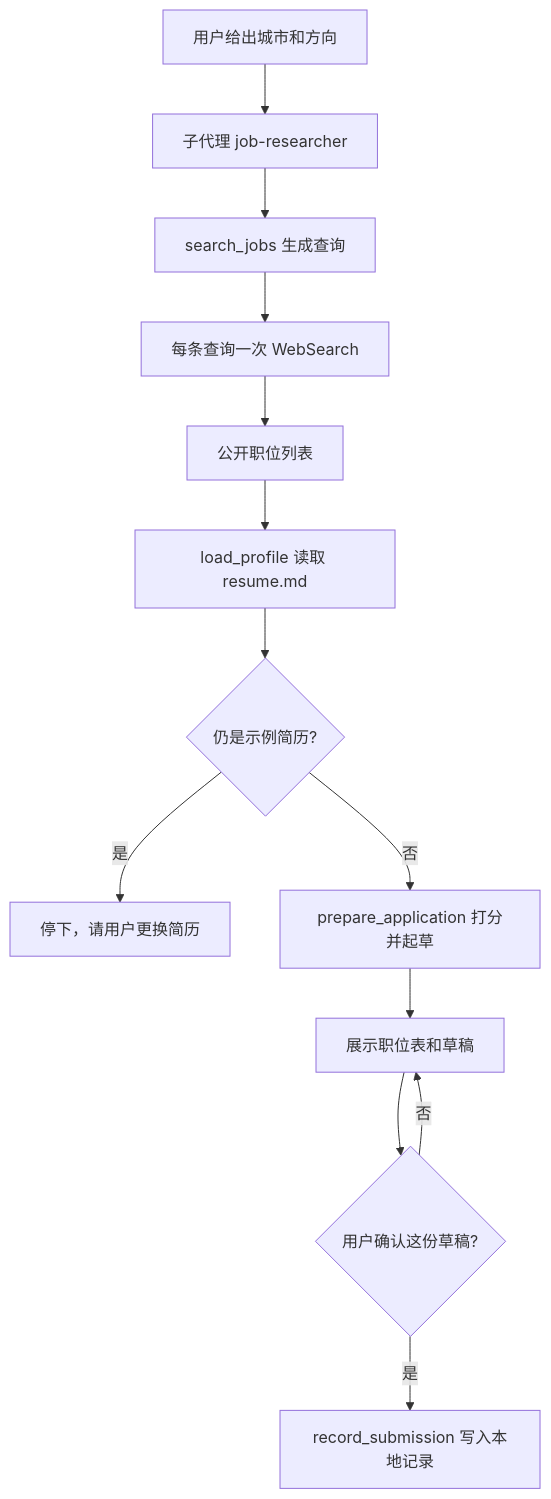
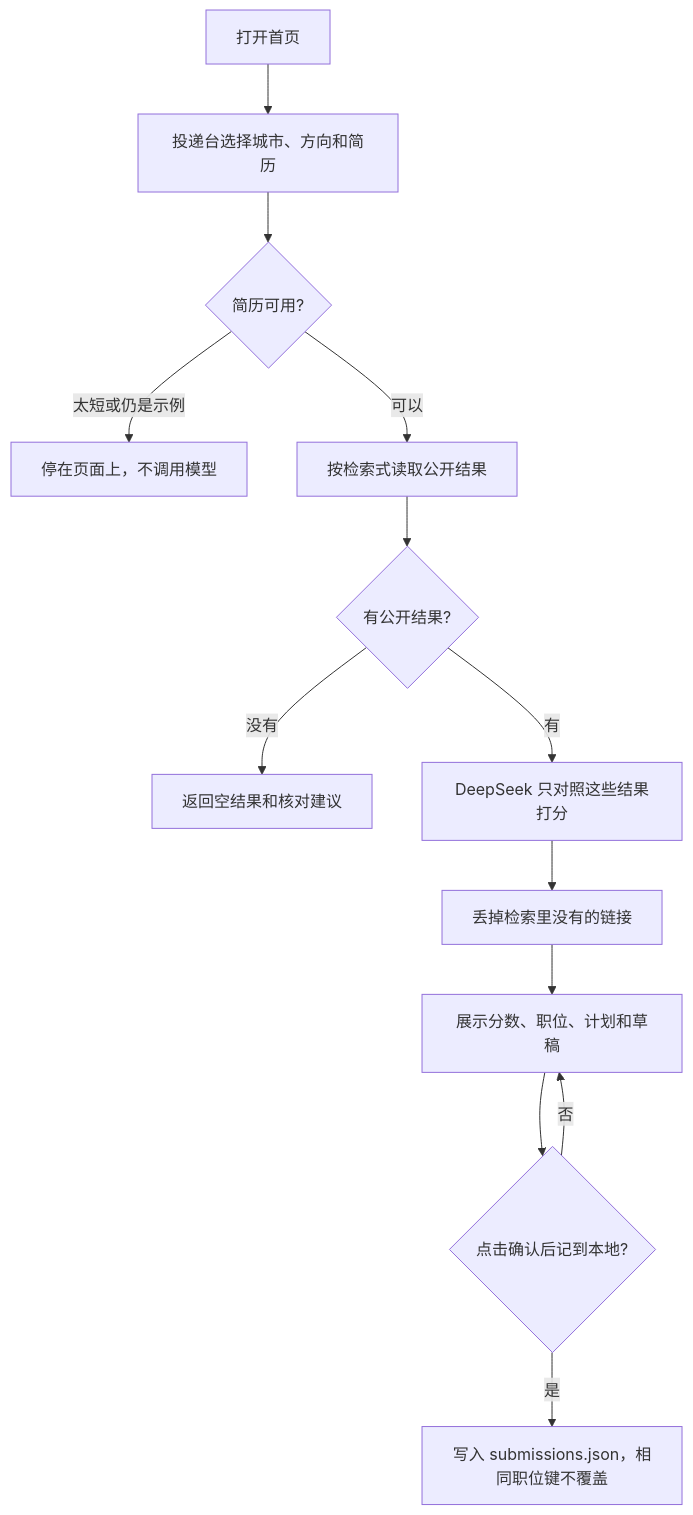
One commit to Li-Guohui107/job-apply-agent changed the diagram in README.md. Above: the diagram before and after it, drawn with Mermaid. The commit also changed other lines of this file and 42 other files, not shown here.

````diff
--- a/README.md
+++ b/README.md
@@ -25,15 +54,15 @@
 ```mermaid
 flowchart TD
-  ask["用户给出城市和方向"] --> researcher["子代理 job-researcher"]
-  researcher --> queries["search_jobs 生成查询"]
-  queries --> web["每条查询一次 WebSearch"]
-  web --> listings["公开职位列表"]
-  listings --> resume["load_profile 读取 resume.md"]
-  resume --> sample{"仍是示例简历?"}
-  sample -->|是| stop["停下，请用户更换简历"]
-  sample -->|否| rank["prepare_application 打分并起草"]
-  rank --> show["展示职位表和草稿"]
-  show --> confirm{"用户确认这份草稿?"}
+  open["打开首页"] --> desk["投递台选择城市、方向和简历"]
+  desk --> check{"简历可用?"}
+  check -->|太短或仍是示例| stop["停在页面上，不调用模型"]
+  check -->|可以| search["按检索式读取公开结果"]
+  search --> none{"有公开结果?"}
+  none -->|没有| empty["返回空结果和核对建议"]
+  none -->|有| model["DeepSeek 只对照这些结果打分"]
+  model --> keep["丢掉检索里没有的链接"]
+  keep --> show["展示分数、职位、计划和草稿"]
+  show --> confirm{"点击确认后记到本地?"}
   confirm -->|否| show
-  confirm -->|是| record["record_submission 写入本地记录"]
+  confirm -->|是| record["写入 submissions.json，相同职位键不覆盖"]
 ```
````
